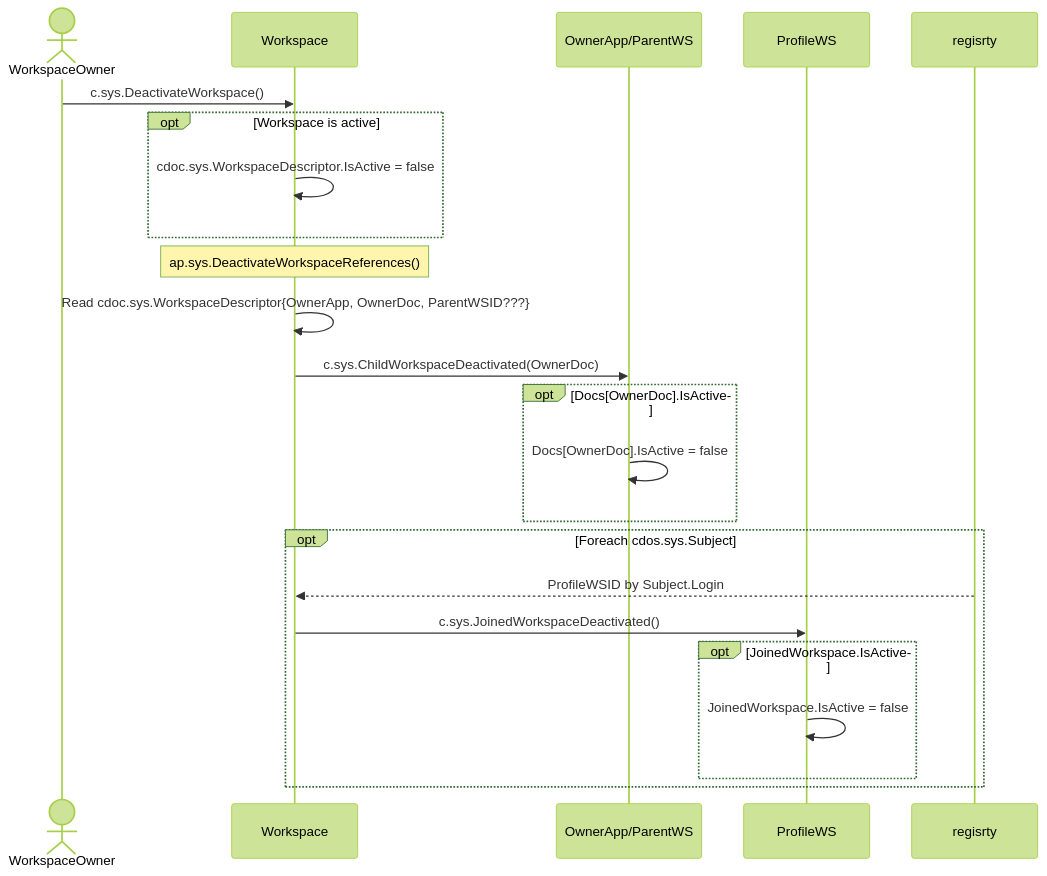
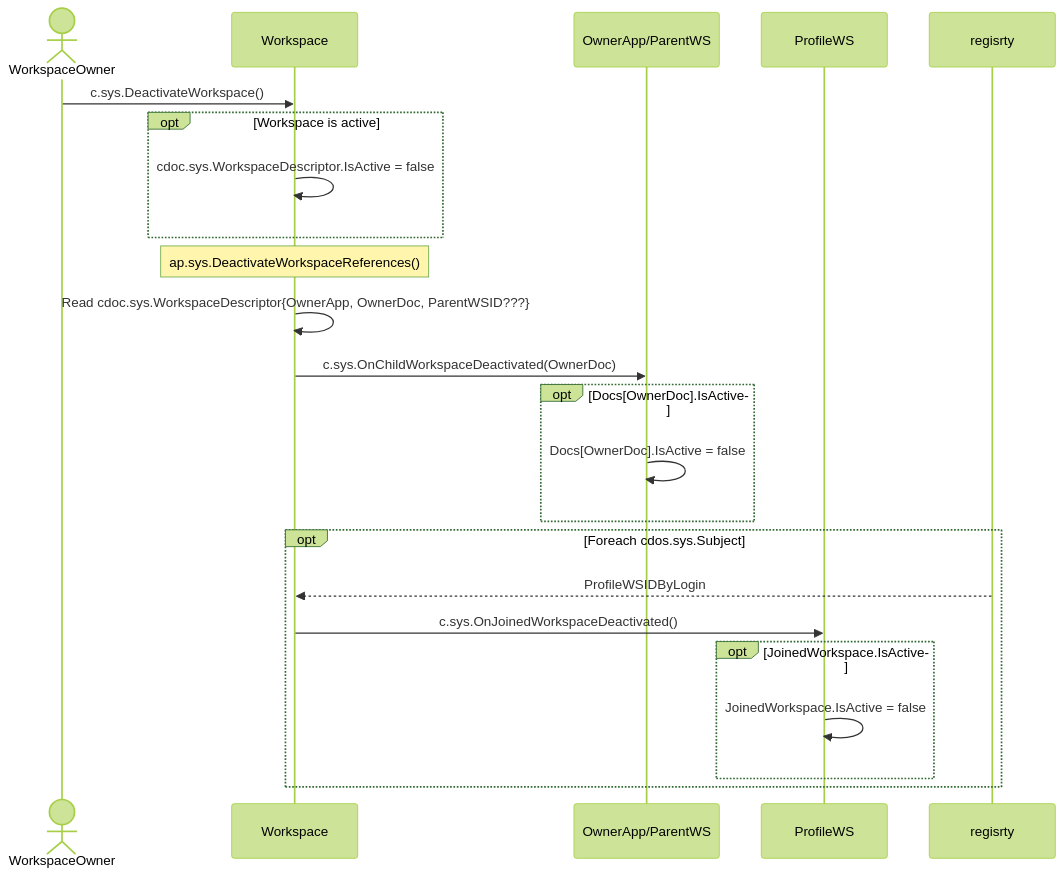
Before and after one commit to voedger/voedger: the diagram in design/workspaces/deactivate-workspace.md, drawn with Mermaid (forest theme). The commit also changed other lines of this file, not shown here.

````diff
--- a/design/workspaces/deactivate-workspace.md
+++ b/design/workspaces/deactivate-workspace.md
@@ -19,37 +16,31 @@
 ```mermaid
     sequenceDiagram
     
     actor owner as WorkspaceOwner
     participant ws as Workspace
     participant parent as OwnerApp/ParentWS
     participant profile as ProfileWS
     participant registry as regisrty
 
     owner ->> ws: c.sys.DeactivateWorkspace()
     opt Workspace is active
         ws ->> ws: cdoc.sys.WorkspaceDescriptor.IsActive = false
     end
 
     note over ws: ap.sys.DeactivateWorkspaceReferences()
     ws ->> ws: Read cdoc.sys.WorkspaceDescriptor{OwnerApp, OwnerDoc, ParentWSID???}
 
-    ws ->> parent: c.sys.ChildWorkspaceDeactivated(OwnerDoc)
+    ws ->> parent: c.sys.OnChildWorkspaceDeactivated(OwnerDoc)
 
     opt Docs[OwnerDoc].IsActive
       parent ->> parent: Docs[OwnerDoc].IsActive = false
     end
 
     opt Foreach cdos.sys.Subject    
-        registry -->> ws : ProfileWSID by Subject.Login
-        ws ->> profile: c.sys.JoinedWorkspaceDeactivated()
+        registry -->> ws : ProfileWSIDByLogin
+        ws ->> profile: c.sys.OnJoinedWorkspaceDeactivated()
         opt JoinedWorkspace.IsActive
           profile ->> profile: JoinedWorkspace.IsActive = false
         end
     end
-
-
-
-    
-
-
 ```
````
